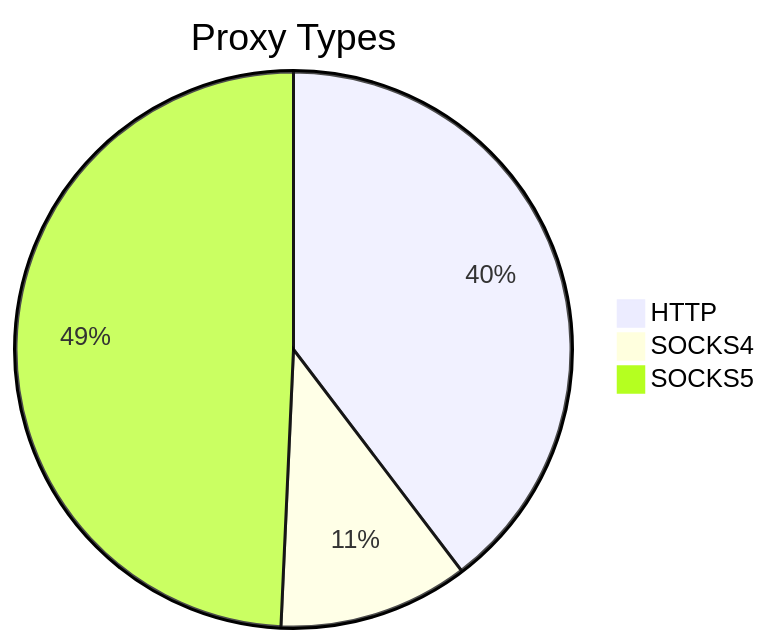
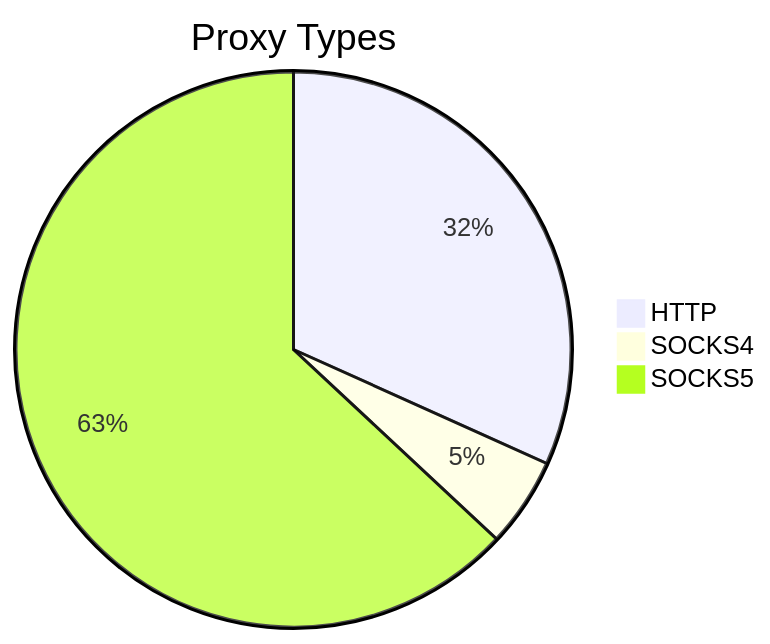
The first of 2 diagrams in README.md (stormsia/proxy-list), drawn with Mermaid before and after one commit. The commit also changed other lines of this file, not shown here.

````diff
--- a/README.md
+++ b/README.md
@@ -21,6 +21,6 @@
 ```mermaid
 pie title Proxy Types
-    "HTTP" : 330
-    "SOCKS4" : 92
-    "SOCKS5" : 410
+    "HTTP" : 231
+    "SOCKS4" : 38
+    "SOCKS5" : 459
 ```
````
